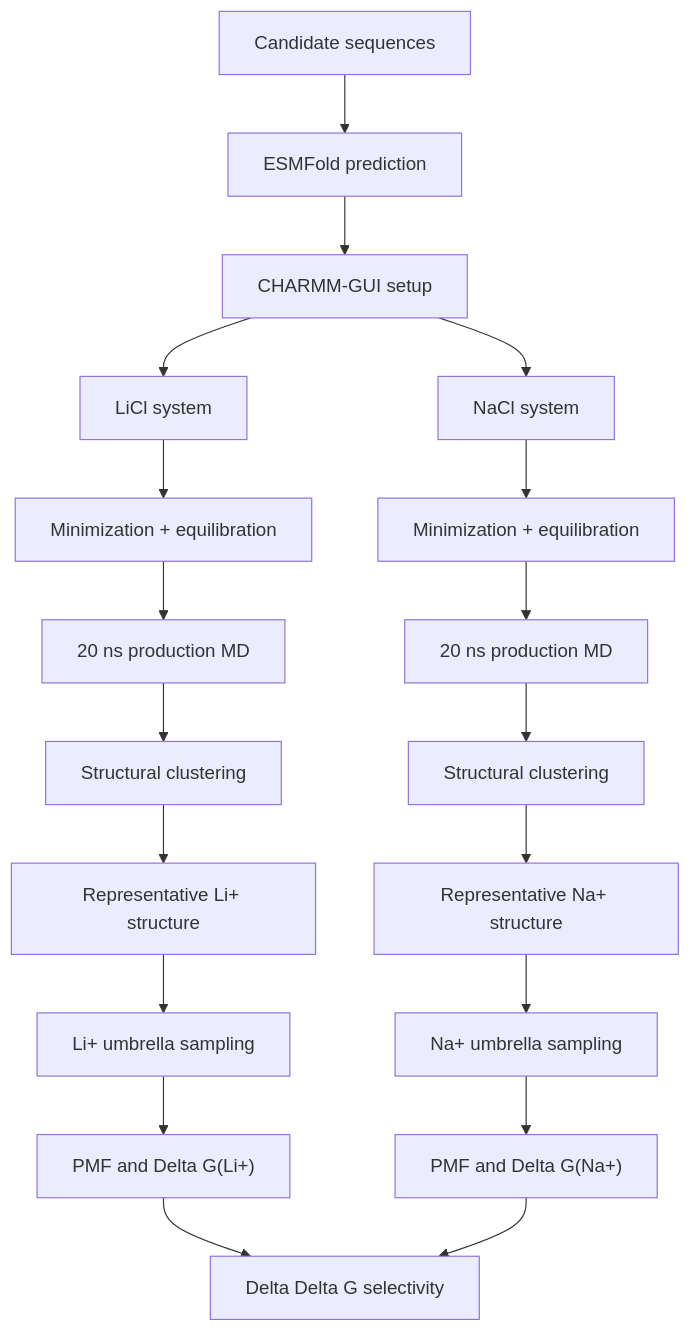
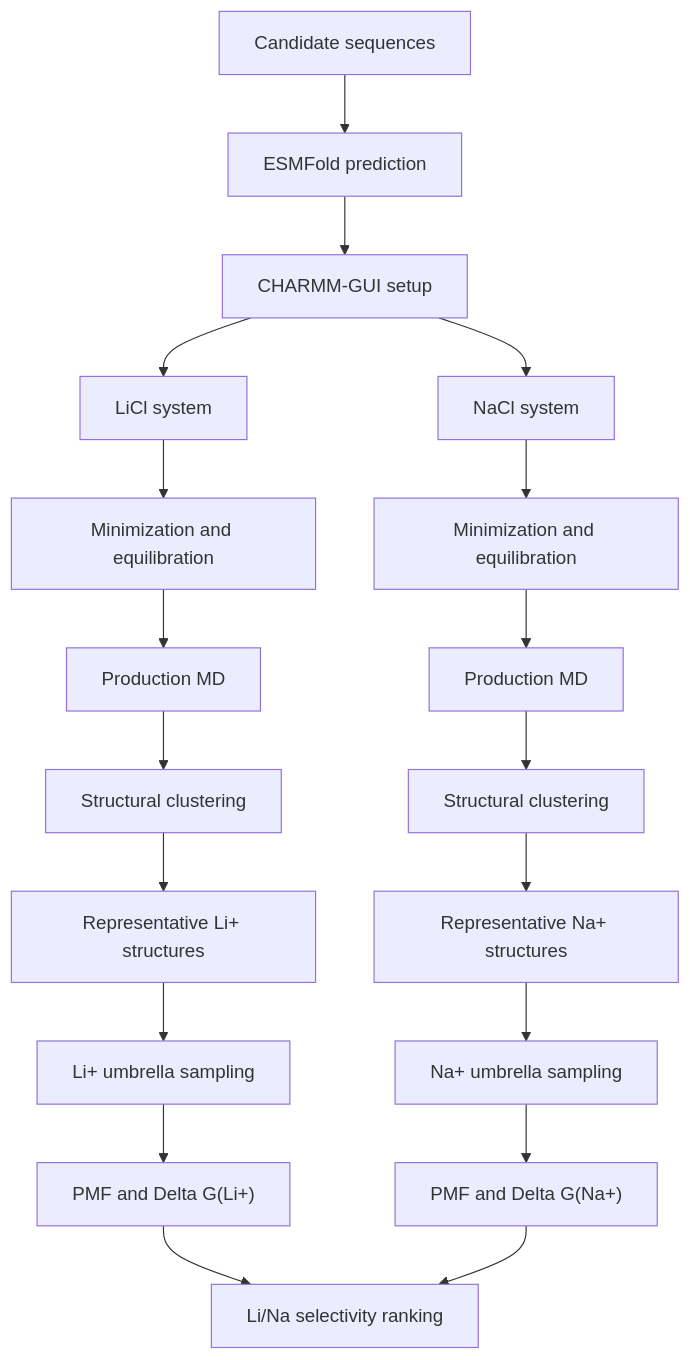
Before and after one commit to jackyissocute/LiSPER: the fourth of 7 diagrams in README.md, drawn with Mermaid. The commit also changed other lines of this file and 101 other files, not shown here.

````diff
--- a/README.md
+++ b/README.md
@@ -68,21 +180,21 @@
 ```mermaid
 flowchart TD
     A["Candidate sequences"] --> B["ESMFold prediction"]
     B --> C["CHARMM-GUI setup"]
     C --> D1["LiCl system"]
     C --> D2["NaCl system"]
-    D1 --> E1["Minimization + equilibration"]
-    D2 --> E2["Minimization + equilibration"]
-    E1 --> F1["20 ns production MD"]
-    E2 --> F2["20 ns production MD"]
+    D1 --> E1["Minimization and equilibration"]
+    D2 --> E2["Minimization and equilibration"]
+    E1 --> F1["Production MD"]
+    E2 --> F2["Production MD"]
     F1 --> G1["Structural clustering"]
     F2 --> G2["Structural clustering"]
-    G1 --> H1["Representative Li+ structure"]
-    G2 --> H2["Representative Na+ structure"]
+    G1 --> H1["Representative Li+ structures"]
+    G2 --> H2["Representative Na+ structures"]
     H1 --> I1["Li+ umbrella sampling"]
     H2 --> I2["Na+ umbrella sampling"]
     I1 --> J1["PMF and Delta G(Li+)"]
     I2 --> J2["PMF and Delta G(Na+)"]
-    J1 --> K["Delta Delta G selectivity"]
+    J1 --> K["Li/Na selectivity ranking"]
     J2 --> K
 ```
````
